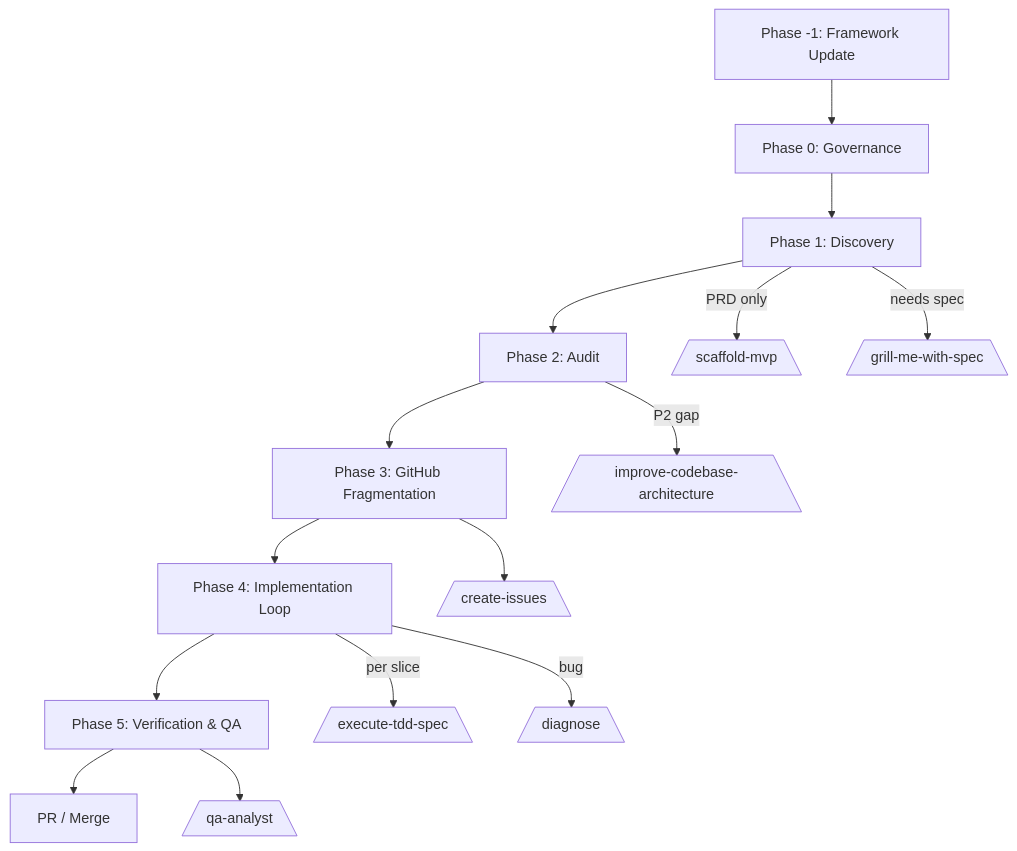
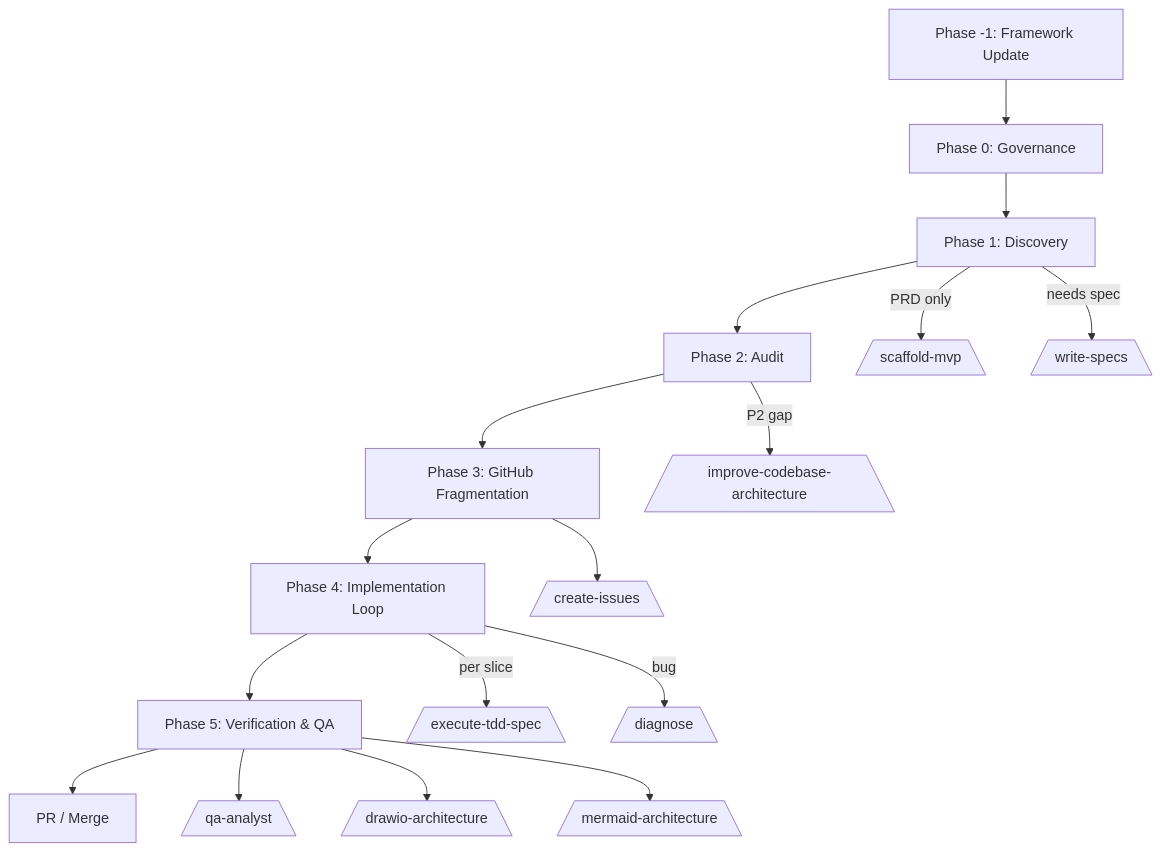
The diagram in README.md (afonsoft/skills), drawn with Mermaid before and after one commit. The commit also changed other lines of this file and 54 other files, not shown here.

First line of the commit message:
feat(skills): rename grill-me-with-spec to write-specs and add mermaid-architecture skill

````diff
--- a/README.md
+++ b/README.md
@@ -103,18 +105,20 @@
 ```mermaid
 flowchart TD
     A[Phase -1: Framework Update] --> B[Phase 0: Governance]
     B --> C[Phase 1: Discovery]
     C --> D[Phase 2: Audit]
     D --> E[Phase 3: GitHub Fragmentation]
     E --> F[Phase 4: Implementation Loop]
     F --> G[Phase 5: Verification & QA]
     G --> H[PR / Merge]
 
     C -->|PRD only| I[/scaffold-mvp\]
-    C -->|needs spec| J[/grill-me-with-spec\]
+    C -->|needs spec| J[/write-specs\]
     D -->|P2 gap| K[/improve-codebase-architecture\]
     E --> L[/create-issues\]
     F -->|per slice| M[/execute-tdd-spec\]
     F -->|bug| N[/diagnose\]
     G --> O[/qa-analyst\]
+    G --> P[/drawio-architecture\]
+    G --> Q[/mermaid-architecture\]
 ```
````
